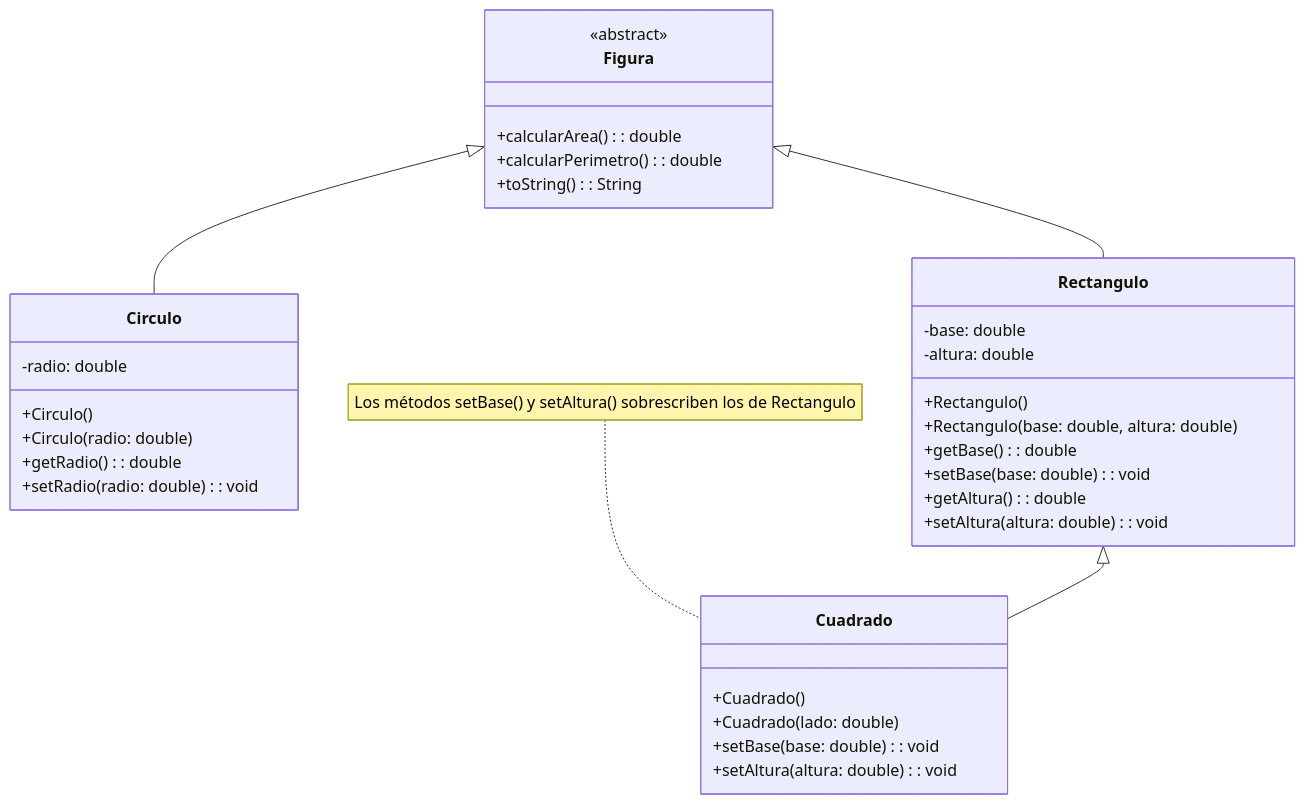
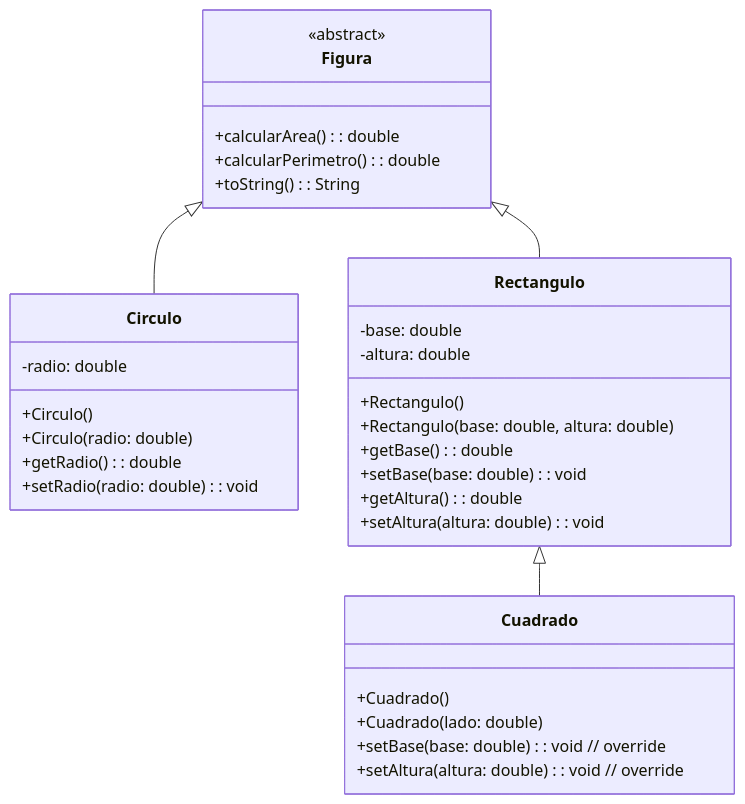
One commit to Salvador-GA/APALOO changed the diagram in 1.5 EjClaseAbstracta/README.md. Above: the diagram before and after it, drawn with Mermaid.

````diff
--- a/1.5 EjClaseAbstracta/README.md
+++ b/1.5 EjClaseAbstracta/README.md
@@ -3,41 +3,39 @@
 ```mermaid
 classDiagram
     class Figura {
         <<abstract>>
         +calcularArea(): double
         +calcularPerimetro(): double
         +toString(): String
     }
 
     class Circulo {
         -radio: double
         +Circulo()
         +Circulo(radio: double)
         +getRadio(): double
         +setRadio(radio: double): void
     }
 
     class Rectangulo {
         -base: double
         -altura: double
         +Rectangulo()
         +Rectangulo(base: double, altura: double)
         +getBase(): double
         +setBase(base: double): void
         +getAltura(): double
         +setAltura(altura: double): void
     }
 
     class Cuadrado {
         +Cuadrado()
         +Cuadrado(lado: double)
-        +setBase(base: double): void
-        +setAltura(altura: double): void
+        +setBase(base: double): void // override
+        +setAltura(altura: double): void // override
     }
-
-    note for Cuadrado "Los métodos setBase() y setAltura() sobrescriben los de Rectangulo"
 
     Figura <|-- Circulo
     Figura <|-- Rectangulo
     Rectangulo <|-- Cuadrado
 ```
````
